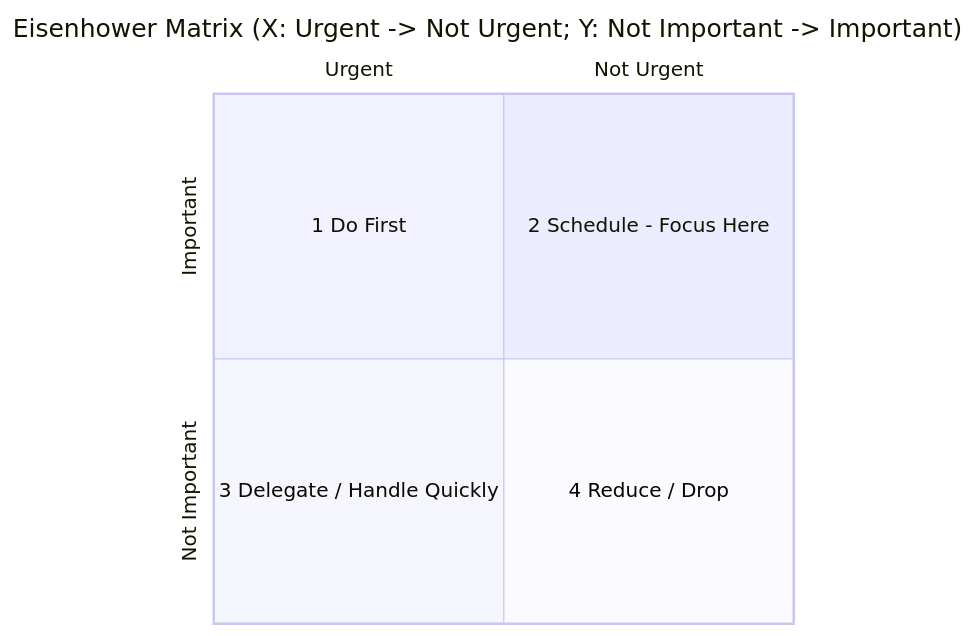
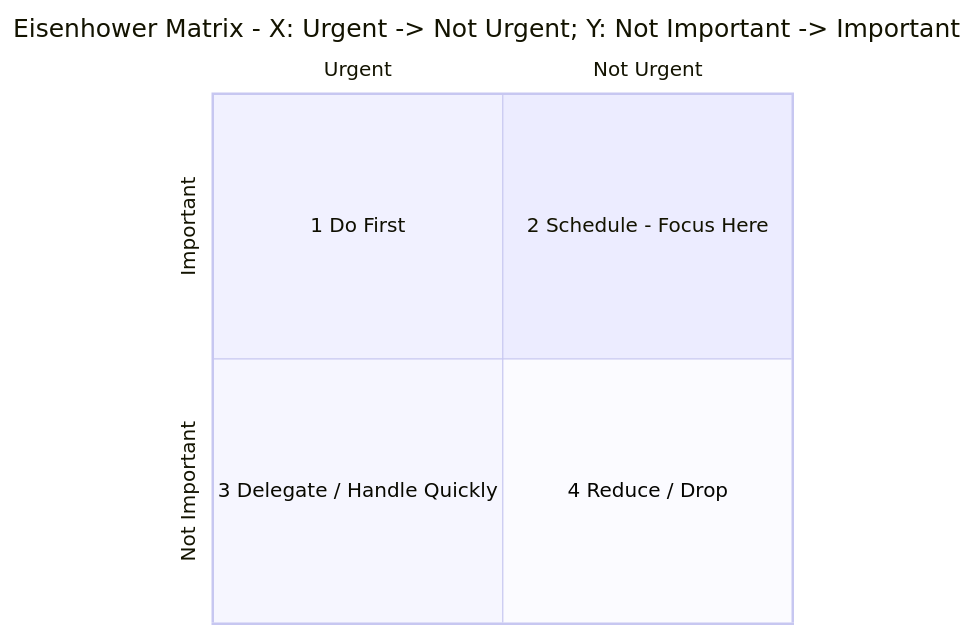
Diagram 11 of 35 in README.en.md (hoverwr-bit/management-methods), drawn with Mermaid before and after one commit. The commit also changed other lines of this file and 5 other files, not shown here.

````diff
--- a/README.en.md
+++ b/README.en.md
@@ -253,10 +258,10 @@
 ```mermaid
 quadrantChart
-    title Eisenhower Matrix (X: Urgent -> Not Urgent; Y: Not Important -> Important)
+    title Eisenhower Matrix - X: Urgent -> Not Urgent; Y: Not Important -> Important
     x-axis Urgent --> Not Urgent
     y-axis Not Important --> Important
     quadrant-2 1 Do First
     quadrant-1 2 Schedule - Focus Here
     quadrant-3 3 Delegate / Handle Quickly
     quadrant-4 4 Reduce / Drop
 ```
````
